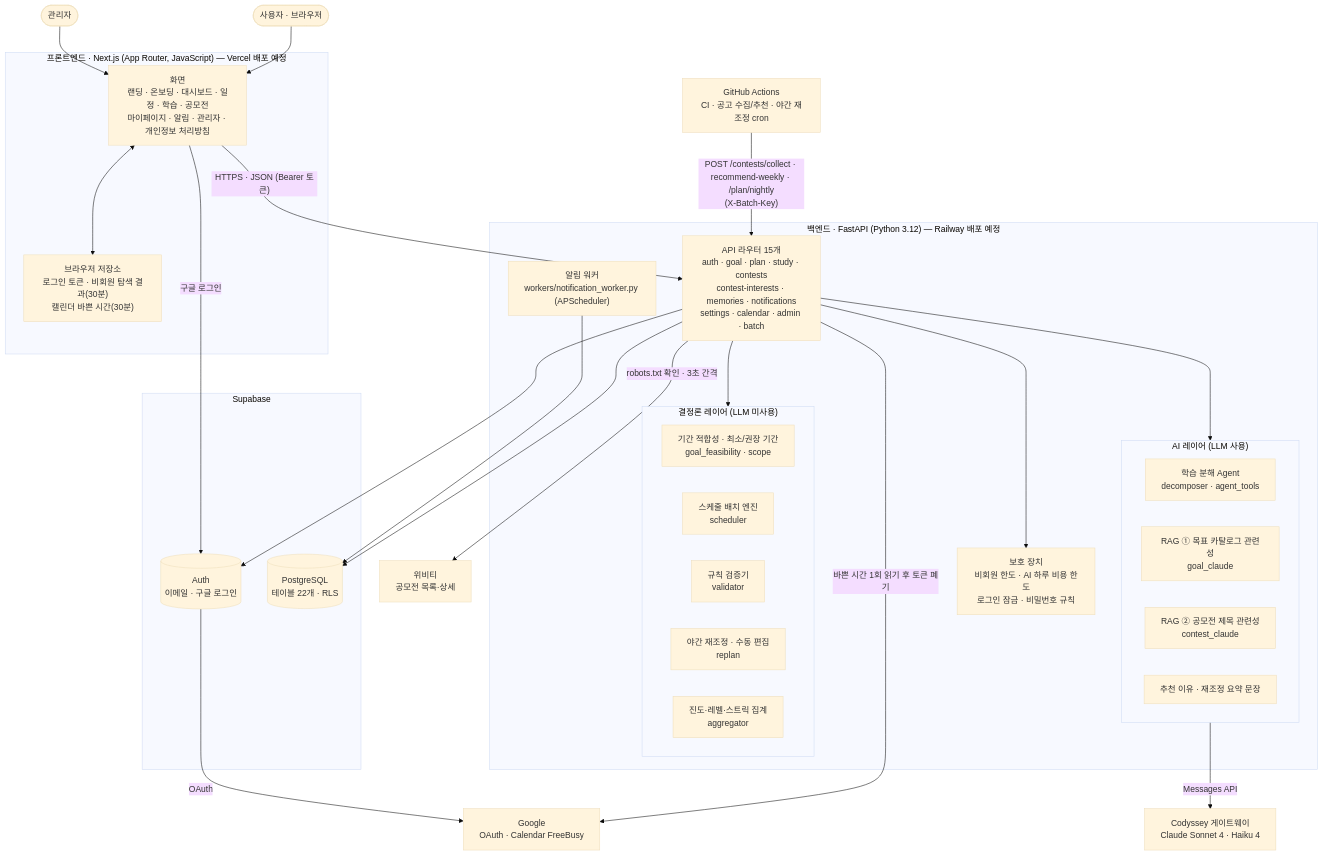
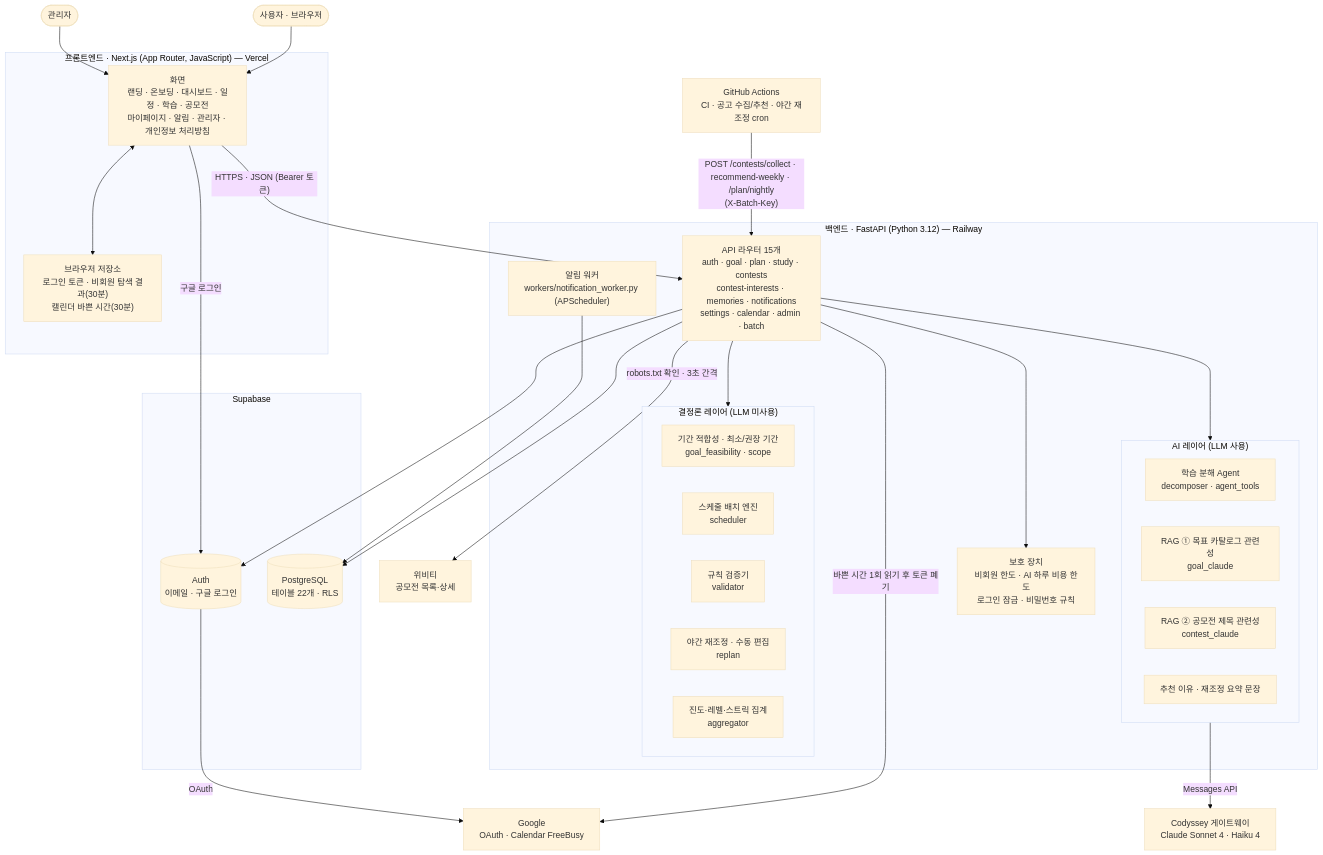
The first of 9 diagrams in docs/architecture.md (dinf7605/Codyssey_FinalProject), drawn with Mermaid (base theme) before and after one commit. The commit also changed other lines of this file and 2 other files, not shown here.

````diff
--- a/docs/architecture.md
+++ b/docs/architecture.md
@@ -8,56 +8,56 @@
 ```mermaid
 flowchart TB
     user(["사용자 · 브라우저"])
     admin(["관리자"])
 
-    subgraph FE["프론트엔드 · Next.js (App Router, JavaScript) — Vercel 배포 예정"]
+    subgraph FE["프론트엔드 · Next.js (App Router, JavaScript) — Vercel"]
         pages["화면<br/>랜딩 · 온보딩 · 대시보드 · 일정 · 학습 · 공모전<br/>마이페이지 · 알림 · 관리자 · 개인정보 처리방침"]
         session["브라우저 저장소<br/>로그인 토큰 · 비회원 탐색 결과(30분)<br/>캘린더 바쁜 시간(30분)"]
     end
 
-    subgraph BE["백엔드 · FastAPI (Python 3.12) — Railway 배포 예정"]
+    subgraph BE["백엔드 · FastAPI (Python 3.12) — Railway"]
         api["API 라우터 15개<br/>auth · goal · plan · study · contests<br/>contest-interests · memories · notifications<br/>settings · calendar · admin · batch"]
         subgraph AIL["AI 레이어 (LLM 사용)"]
             agent["학습 분해 Agent<br/>decomposer · agent_tools"]
             rag1["RAG ① 목표 카탈로그 관련성<br/>goal_claude"]
             rag2["RAG ② 공모전 제목 관련성<br/>contest_claude"]
             words["추천 이유 · 재조정 요약 문장"]
         end
         subgraph DL["결정론 레이어 (LLM 미사용)"]
             feas["기간 적합성 · 최소/권장 기간<br/>goal_feasibility · scope"]
             sched["스케줄 배치 엔진<br/>scheduler"]
             valid["규칙 검증기<br/>validator"]
             replan["야간 재조정 · 수동 편집<br/>replan"]
             pace["진도·레벨·스트릭 집계<br/>aggregator"]
         end
         guard["보호 장치<br/>비회원 한도 · AI 하루 비용 한도<br/>로그인 잠금 · 비밀번호 규칙"]
         worker["알림 워커<br/>workers/notification_worker.py (APScheduler)"]
     end
 
     subgraph SB["Supabase"]
         auth[("Auth<br/>이메일 · 구글 로그인")]
         pg[("PostgreSQL<br/>테이블 22개 · RLS")]
     end
 
     llm["Codyssey 게이트웨이<br/>Claude Sonnet 4 · Haiku 4"]
     google["Google<br/>OAuth · Calendar FreeBusy"]
     wevity["위비티<br/>공모전 목록·상세"]
     gha["GitHub Actions<br/>CI · 공고 수집/추천 · 야간 재조정 cron"]
 
     user --> pages
     admin --> pages
     pages <--> session
     pages -- "HTTPS · JSON (Bearer 토큰)" --> api
     pages -- "구글 로그인" --> auth
     api --> AIL
     api --> DL
     api --> guard
     AIL -- "Messages API" --> llm
     api --> pg
     api --> auth
     worker --> pg
     api -- "바쁜 시간 1회 읽기 후 토큰 폐기" --> google
     auth -- "OAuth" --> google
     gha -- "POST /contests/collect · recommend-weekly · /plan/nightly<br/>(X-Batch-Key)" --> api
     api -- "robots.txt 확인 · 3초 간격" --> wevity
 ```
````
